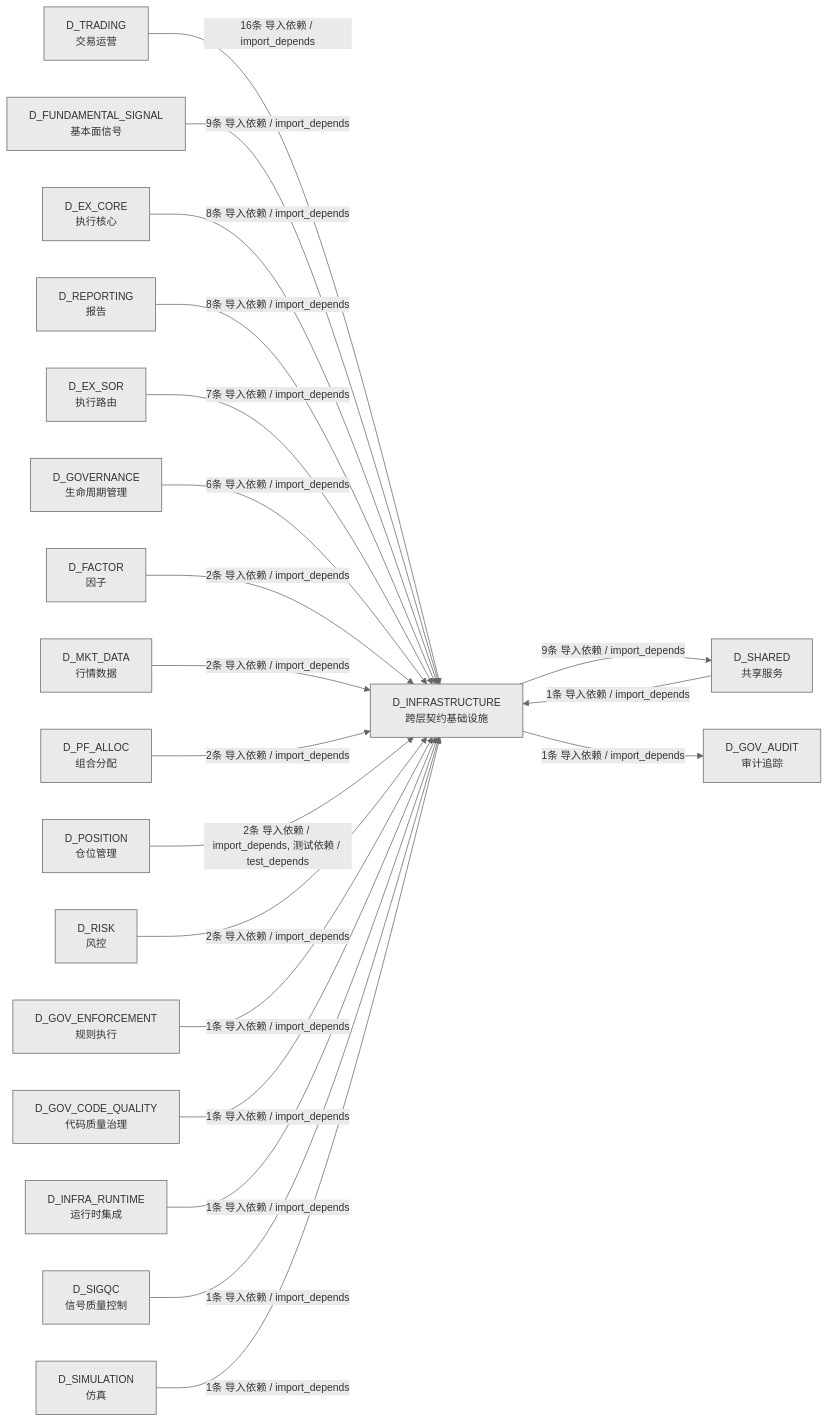
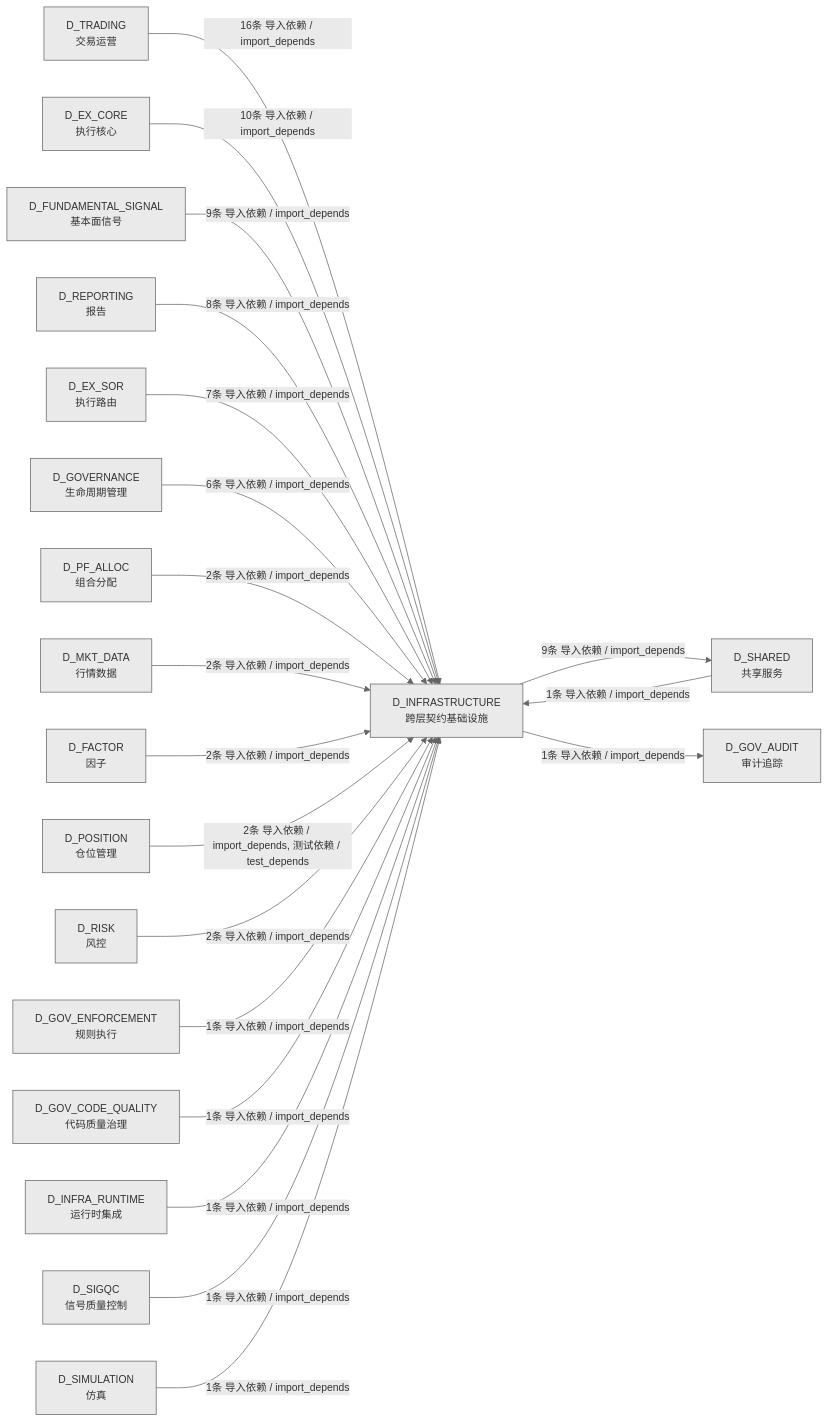
The third of 3 diagrams in docs/02_enterprise_architecture/02_domain_architecture_docs/02_d_infrastructure.md (xuanFelixVan/ZephyrAlpha), drawn with Mermaid before and after one commit. The commit also changed other lines of this file and 40 other files, not shown here.

````diff
--- a/docs/02_enterprise_architecture/02_domain_architecture_docs/02_d_infrastructure.md
+++ b/docs/02_enterprise_architecture/02_domain_architecture_docs/02_d_infrastructure.md
@@ -310,42 +310,42 @@
 ```mermaid
 %%{init: {'theme': 'base', 'themeVariables': {'primaryColor': '#eaeaea', 'primaryTextColor': '#333333', 'primaryBorderColor': '#666666', 'lineColor': '#666666', 'secondaryColor': '#eaeaea', 'tertiaryColor': '#eaeaea', 'fontSize': '14px'}}}%%
 graph LR
     D_INFRASTRUCTURE["D_INFRASTRUCTURE<br/>跨层契约基础设施"]
     D_SHARED["D_SHARED<br/>共享服务"]
     D_GOV_AUDIT["D_GOV_AUDIT<br/>审计追踪"]
     D_TRADING["D_TRADING<br/>交易运营"]
+    D_EX_CORE["D_EX_CORE<br/>执行核心"]
     D_FUNDAMENTAL_SIGNAL["D_FUNDAMENTAL_SIGNAL<br/>基本面信号"]
-    D_EX_CORE["D_EX_CORE<br/>执行核心"]
     D_REPORTING["D_REPORTING<br/>报告"]
     D_EX_SOR["D_EX_SOR<br/>执行路由"]
     D_GOVERNANCE["D_GOVERNANCE<br/>生命周期管理"]
+    D_PF_ALLOC["D_PF_ALLOC<br/>组合分配"]
+    D_MKT_DATA["D_MKT_DATA<br/>行情数据"]
     D_FACTOR["D_FACTOR<br/>因子"]
-    D_MKT_DATA["D_MKT_DATA<br/>行情数据"]
-    D_PF_ALLOC["D_PF_ALLOC<br/>组合分配"]
     D_POSITION["D_POSITION<br/>仓位管理"]
     D_RISK["D_RISK<br/>风控"]
     D_GOV_ENFORCEMENT["D_GOV_ENFORCEMENT<br/>规则执行"]
     D_GOV_CODE_QUALITY["D_GOV_CODE_QUALITY<br/>代码质量治理"]
     D_INFRA_RUNTIME["D_INFRA_RUNTIME<br/>运行时集成"]
     D_SIGQC["D_SIGQC<br/>信号质量控制"]
     D_SIMULATION["D_SIMULATION<br/>仿真"]
     D_INFRASTRUCTURE -->|9条 导入依赖 / import_depends| D_SHARED
     D_INFRASTRUCTURE -->|1条 导入依赖 / import_depends| D_GOV_AUDIT
     D_TRADING -->|16条 导入依赖 / import_depends| D_INFRASTRUCTURE
+    D_EX_CORE -->|10条 导入依赖 / import_depends| D_INFRASTRUCTURE
     D_FUNDAMENTAL_SIGNAL -->|9条 导入依赖 / import_depends| D_INFRASTRUCTURE
-    D_EX_CORE -->|8条 导入依赖 / import_depends| D_INFRASTRUCTURE
     D_REPORTING -->|8条 导入依赖 / import_depends| D_INFRASTRUCTURE
     D_EX_SOR -->|7条 导入依赖 / import_depends| D_INFRASTRUCTURE
     D_GOVERNANCE -->|6条 导入依赖 / import_depends| D_INFRASTRUCTURE
+    D_PF_ALLOC -->|2条 导入依赖 / import_depends| D_INFRASTRUCTURE
+    D_MKT_DATA -->|2条 导入依赖 / import_depends| D_INFRASTRUCTURE
     D_FACTOR -->|2条 导入依赖 / import_depends| D_INFRASTRUCTURE
-    D_MKT_DATA -->|2条 导入依赖 / import_depends| D_INFRASTRUCTURE
-    D_PF_ALLOC -->|2条 导入依赖 / import_depends| D_INFRASTRUCTURE
     D_POSITION -->|2条 导入依赖 / import_depends, 测试依赖 / test_depends| D_INFRASTRUCTURE
     D_RISK -->|2条 导入依赖 / import_depends| D_INFRASTRUCTURE
     D_GOV_ENFORCEMENT -->|1条 导入依赖 / import_depends| D_INFRASTRUCTURE
     D_GOV_CODE_QUALITY -->|1条 导入依赖 / import_depends| D_INFRASTRUCTURE
     D_INFRA_RUNTIME -->|1条 导入依赖 / import_depends| D_INFRASTRUCTURE
     D_SHARED -->|1条 导入依赖 / import_depends| D_INFRASTRUCTURE
     D_SIGQC -->|1条 导入依赖 / import_depends| D_INFRASTRUCTURE
     D_SIMULATION -->|1条 导入依赖 / import_depends| D_INFRASTRUCTURE
 ```
````
